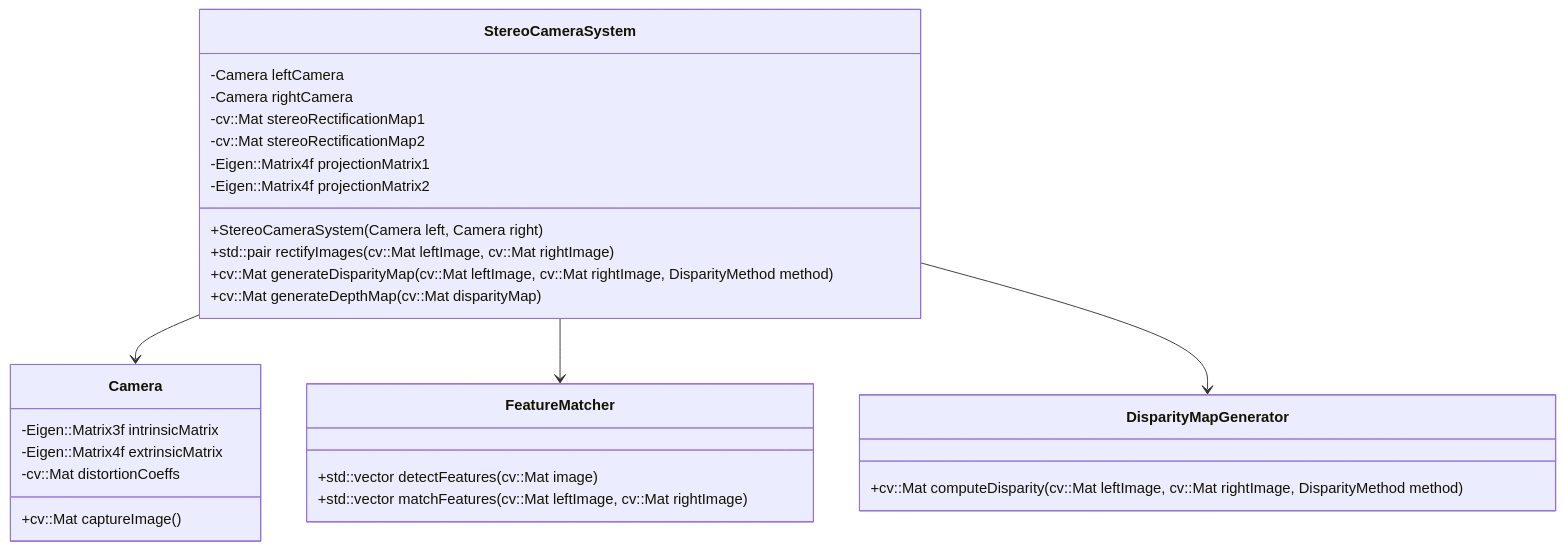
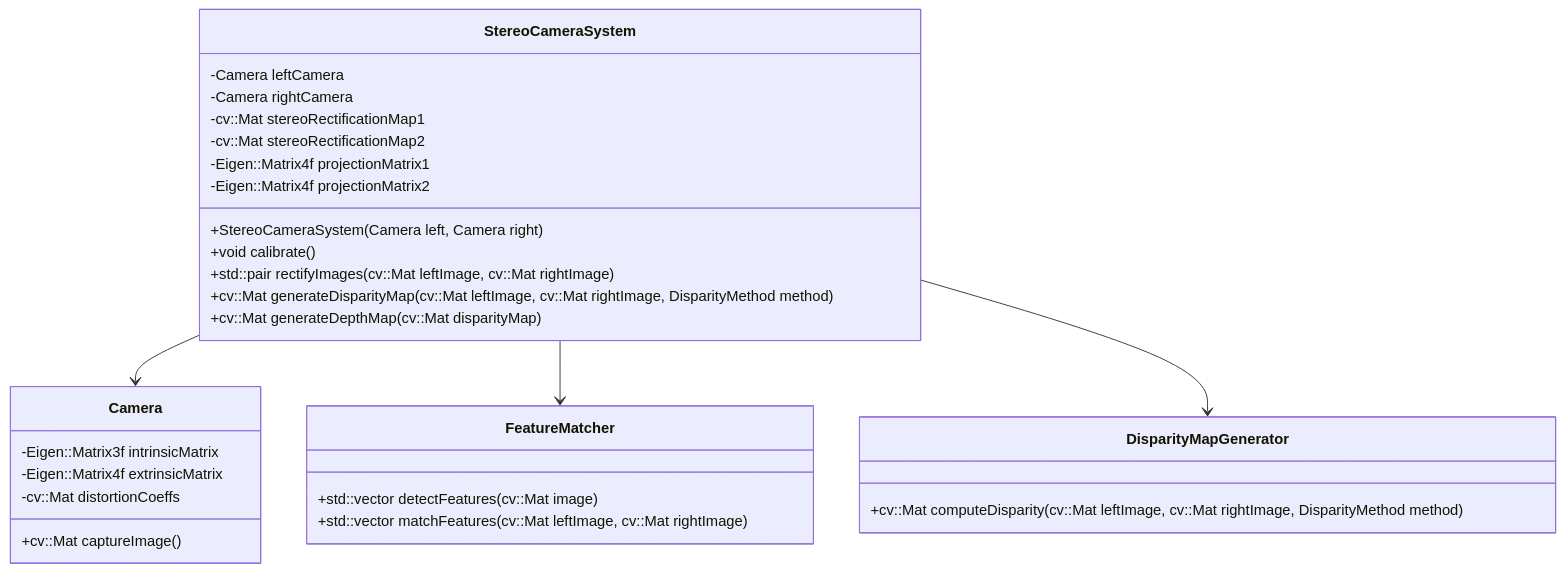
One commit to Blattvorhang/Stereo-Camera-and-3D-Point-Cloud changed the diagram in README.md. Above: the diagram before and after it, drawn with Mermaid. The commit also changed other lines of this file, not shown here.

````diff
--- a/README.md
+++ b/README.md
@@ -52,35 +60,36 @@
 ```mermaid
 classDiagram
     class Camera {
         -Eigen::Matrix3f intrinsicMatrix
         -Eigen::Matrix4f extrinsicMatrix
         -cv::Mat distortionCoeffs
         +cv::Mat captureImage()
     }
 
     class StereoCameraSystem {
         -Camera leftCamera
         -Camera rightCamera
         -cv::Mat stereoRectificationMap1
         -cv::Mat stereoRectificationMap2
         -Eigen::Matrix4f projectionMatrix1
         -Eigen::Matrix4f projectionMatrix2
         +StereoCameraSystem(Camera left, Camera right)
+        +void calibrate()
         +std::pair<cv::Mat, cv::Mat> rectifyImages(cv::Mat leftImage, cv::Mat rightImage)
         +cv::Mat generateDisparityMap(cv::Mat leftImage, cv::Mat rightImage, DisparityMethod method)
         +cv::Mat generateDepthMap(cv::Mat disparityMap)
     }
 
     class FeatureMatcher {
         +std::vector<cv::KeyPoint> detectFeatures(cv::Mat image)
         +std::vector<cv::DMatch> matchFeatures(cv::Mat leftImage, cv::Mat rightImage)
     }
 
     class DisparityMapGenerator {
         +cv::Mat computeDisparity(cv::Mat leftImage, cv::Mat rightImage, DisparityMethod method)
     }
 
     StereoCameraSystem --> Camera
     StereoCameraSystem --> FeatureMatcher
     StereoCameraSystem --> DisparityMapGenerator
 ```
````
